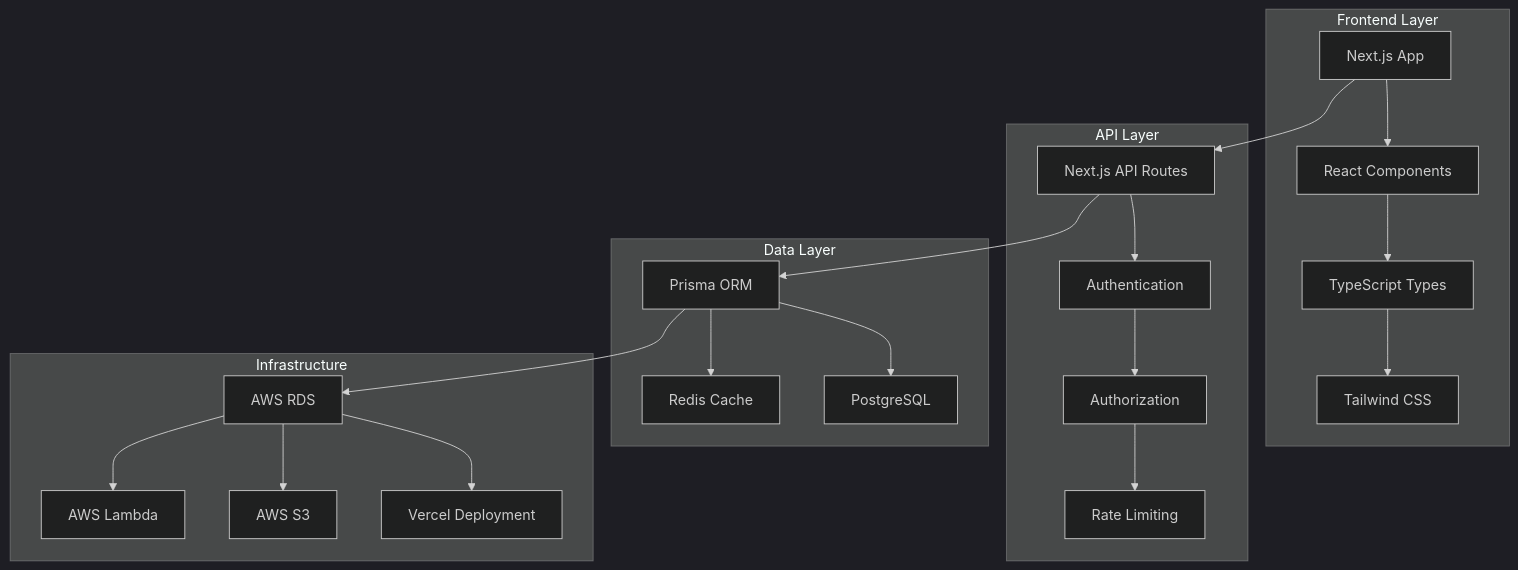
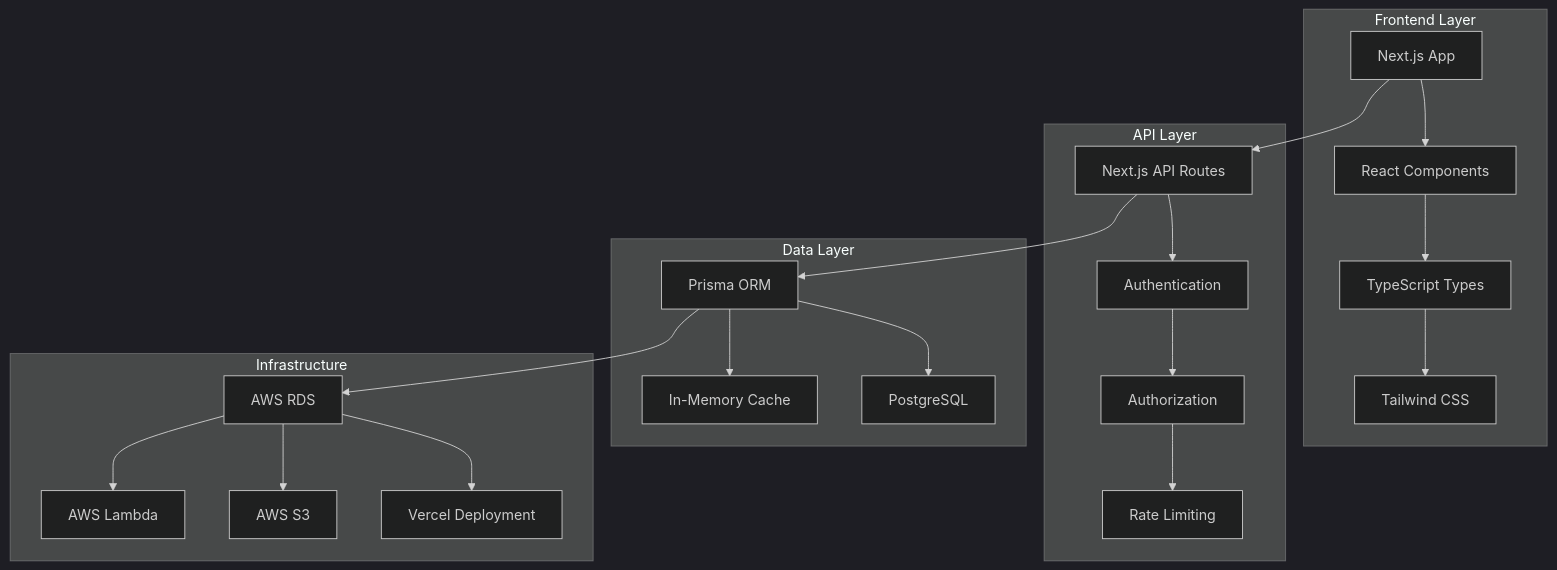
The first of 9 diagrams in docs/architecture/system-architecture.md (innovationwizard/IngePro), drawn with Mermaid (dark theme) before and after one commit. The commit also changed other lines of this file and 9 other files, not shown here.

First line of the commit message:
Remove all Redis references from documentation and architecture files

````diff
--- a/docs/architecture/system-architecture.md
+++ b/docs/architecture/system-architecture.md
@@ -4,29 +4,29 @@
 ```mermaid
 graph TB
     subgraph "Frontend Layer"
         A[Next.js App] --> B[React Components]
         B --> C[TypeScript Types]
         C --> D[Tailwind CSS]
     end
     
     subgraph "API Layer"
         E[Next.js API Routes] --> F[Authentication]
         F --> G[Authorization]
         G --> H[Rate Limiting]
     end
     
     subgraph "Data Layer"
         I[Prisma ORM] --> J[PostgreSQL]
-        I --> K[Redis Cache]
+        I --> K[In-Memory Cache]
     end
     
     subgraph "Infrastructure"
         L[AWS RDS] --> M[Vercel Deployment]
         L --> N[AWS S3]
         L --> O[AWS Lambda]
     end
     
     A --> E
     E --> I
     I --> L
 ```
````
